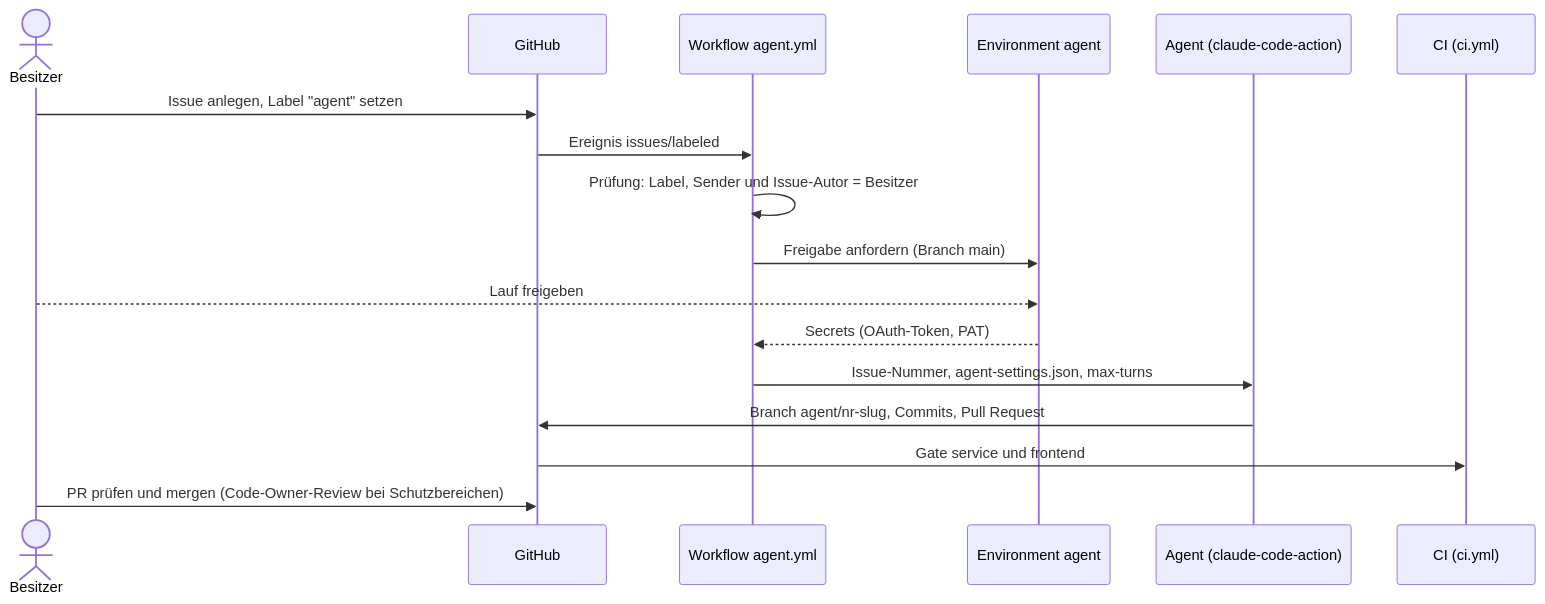
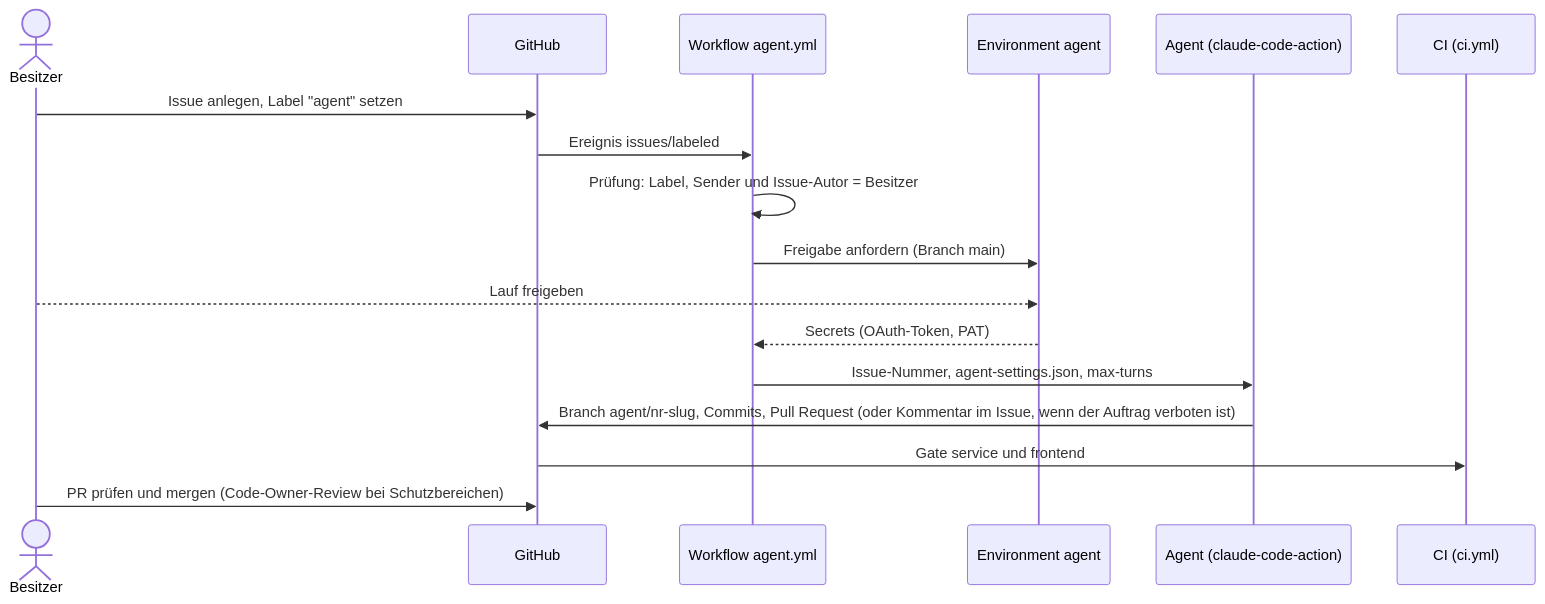
Before and after one commit to juheba/sw-factory-tryout: the fourth of 4 diagrams in docs/architecture.md, drawn with Mermaid. The commit also changed other lines of this file and 4 other files, not shown here.

First line of the commit message:
chore: Agent-Lauf nachbessern (Rückmeldekanal, PR-Text per Datei, Concurrency pro Issue, Diagnose) (#32)

````diff
--- a/docs/architecture.md
+++ b/docs/architecture.md
@@ -62,19 +62,19 @@
 ```mermaid
 sequenceDiagram
     actor O as Besitzer
     participant GH as GitHub
     participant WF as Workflow agent.yml
     participant Env as Environment agent
     participant A as Agent (claude-code-action)
     participant CI as CI (ci.yml)
     O->>GH: Issue anlegen, Label "agent" setzen
     GH->>WF: Ereignis issues/labeled
     WF->>WF: Prüfung: Label, Sender und Issue-Autor = Besitzer
     WF->>Env: Freigabe anfordern (Branch main)
     O-->>Env: Lauf freigeben
     Env-->>WF: Secrets (OAuth-Token, PAT)
     WF->>A: Issue-Nummer, agent-settings.json, max-turns
-    A->>GH: Branch agent/nr-slug, Commits, Pull Request
+    A->>GH: Branch agent/nr-slug, Commits, Pull Request (oder Kommentar im Issue, wenn der Auftrag verboten ist)
     GH->>CI: Gate service und frontend
     O->>GH: PR prüfen und mergen (Code-Owner-Review bei Schutzbereichen)
 ```
````
